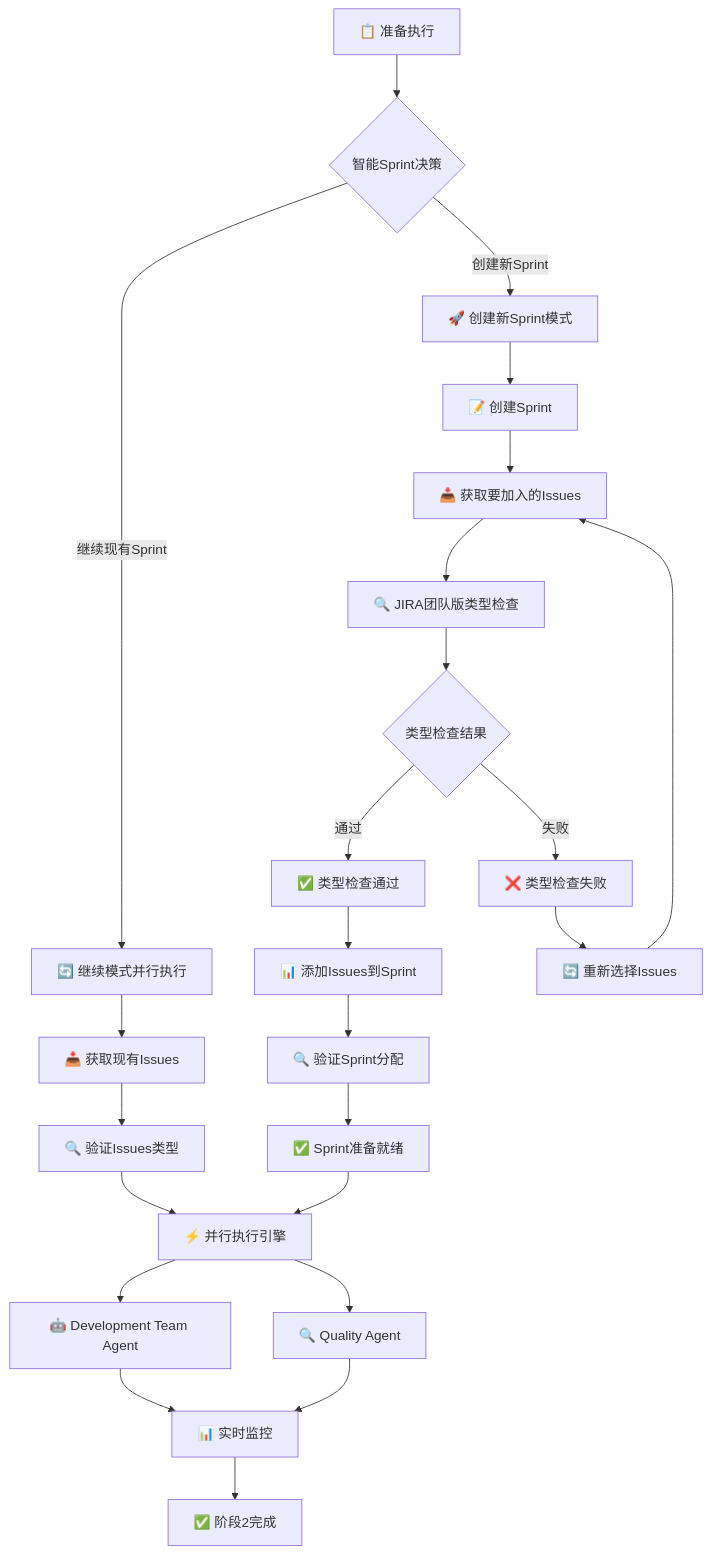
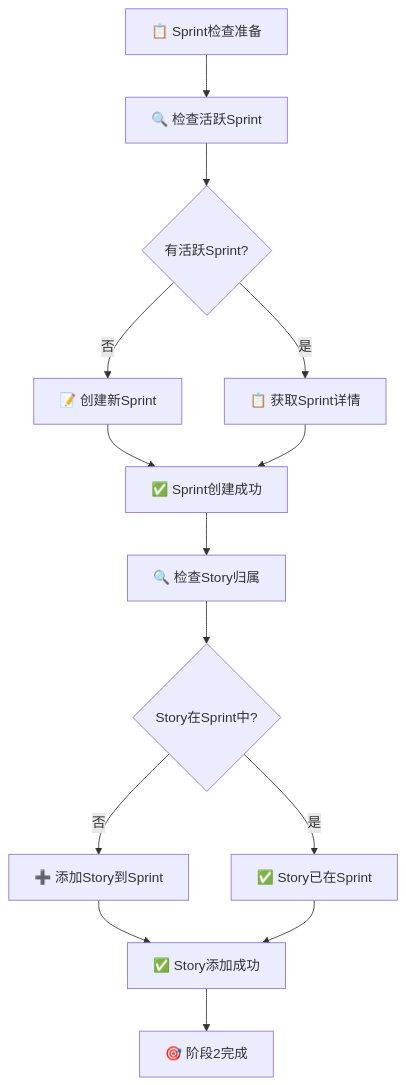
One commit to ouyangshixiong/context-engineering-zh changed the third of 11 diagrams in plugins/agile-marketplace/sprint-plugin/commands/快速sprint.md. Above: the diagram before and after it, drawn with Mermaid. The commit also changed other lines of this file and 7 other files, not shown here.

````diff
--- a/plugins/agile-marketplace/sprint-plugin/commands/快速sprint.md
+++ b/plugins/agile-marketplace/sprint-plugin/commands/快速sprint.md
@@ -109,30 +103,16 @@
 ```mermaid
 flowchart TD
-    A[📋 准备执行] --> B{智能Sprint决策}
-    B -->|继续现有Sprint| C[🔄 继续模式并行执行]
-    B -->|创建新Sprint| D[🚀 创建新Sprint模式]
-
-    C --> E[📥 获取现有Issues]
-    E --> F[🔍 验证Issues类型]
-    F --> G[⚡ 并行执行引擎]
-
-    D --> H[📝 创建Sprint]
-    H --> I[📥 获取要加入的Issues]
-    I --> J[🔍 JIRA团队版类型检查]
-    J --> K{类型检查结果}
-    K -->|通过| L[✅ 类型检查通过]
-    K -->|失败| M[❌ 类型检查失败]
-    L --> N[📊 添加Issues到Sprint]
-    N --> O[🔍 验证Sprint分配]
-    O --> P[✅ Sprint准备就绪]
-    P --> G
-
-    G --> Q[🤖 Development Team Agent]
-    G --> R[🔍 Quality Agent]
-    Q --> S[📊 实时监控]
-    R --> S
-    S --> T[✅ 阶段2完成]
-
-    M --> U[🔄 重新选择Issues]
-    U --> I
+    A[📋 Sprint检查准备] --> B[🔍 检查活跃Sprint]
+    B --> C{有活跃Sprint?}
+    C -->|否| D[📝 创建新Sprint]
+    C -->|是| E[📋 获取Sprint详情]
+    D --> F[✅ Sprint创建成功]
+    E --> F
+    F --> G[🔍 检查Story归属]
+    G --> H{Story在Sprint中?}
+    H -->|否| I[➕ 添加Story到Sprint]
+    H -->|是| J[✅ Story已在Sprint]
+    I --> K[✅ Story添加成功]
+    J --> K
+    K --> L[🎯 阶段2完成]
 ```
````
